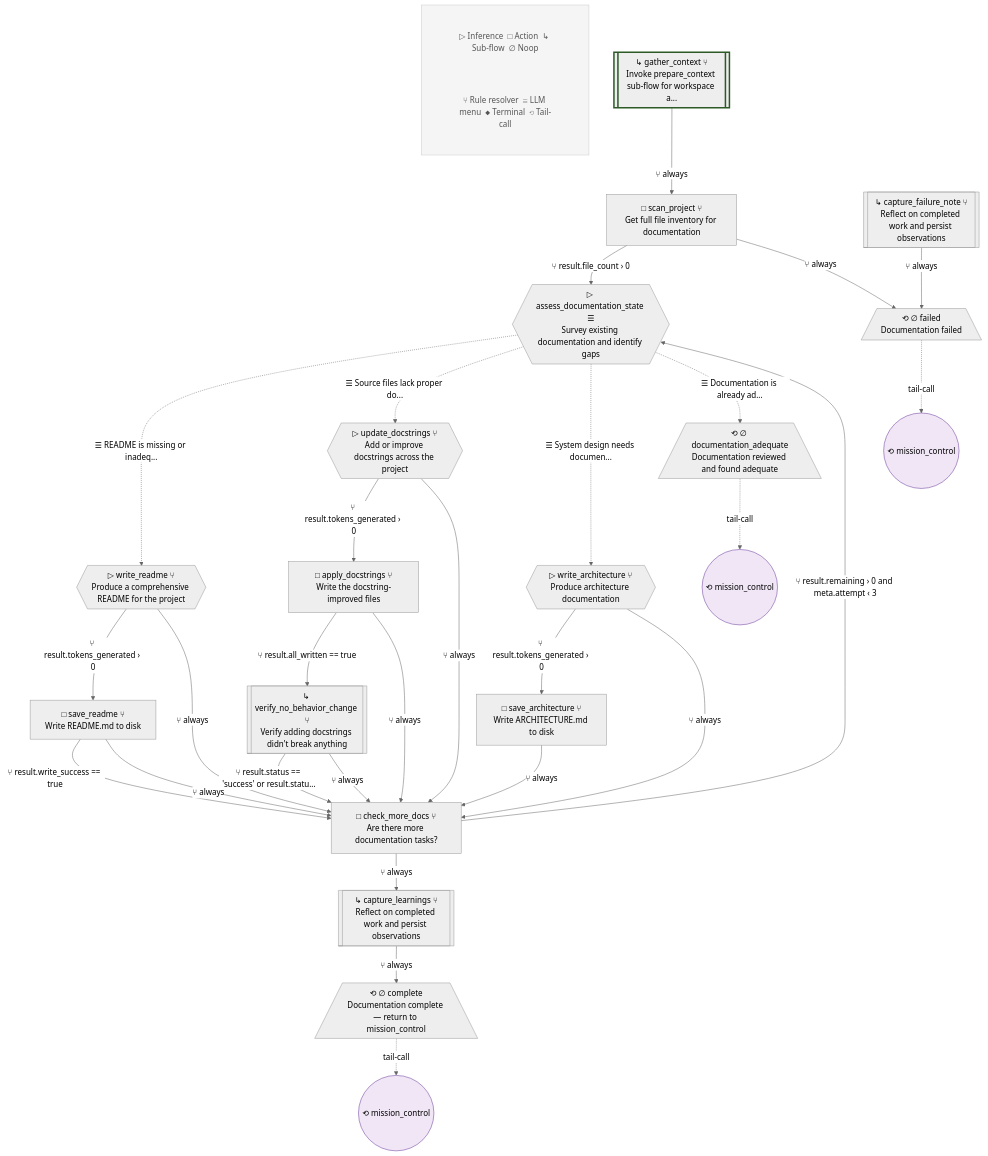
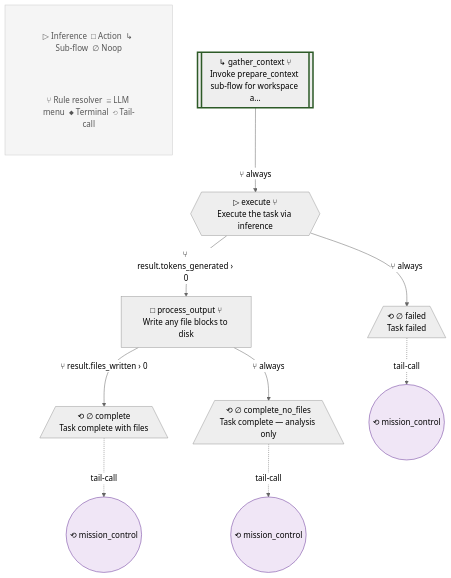
Before and after one commit to lah-rb/ouroboros: the sixth of 31 diagrams in blueprint.md, drawn with Mermaid (neutral theme). The commit also changed other lines of this file and 32 other files, not shown here.

````diff
--- a/blueprint.md
+++ b/blueprint.md
@@ -672,66 +632,37 @@
 ```mermaid
 flowchart TD
-    %% document_project v1
+    %% document_project v2
 
     subgraph Legend[" "]
         L1["▷ Inference  □ Action  ↳ Sub-flow  ∅ Noop"]
         L2["⑂ Rule resolver  ☰ LLM menu  ◆ Terminal  ⟲ Tail-call"]
     end
     style Legend fill:#f5f5f5,stroke:#ccc,stroke-width:1px
     style L1 fill:#f5f5f5,stroke:none,color:#555
     style L2 fill:#f5f5f5,stroke:none,color:#555
 
     gather_context[["↳ gather_context ⑂\nInvoke prepare_context sub-flow for workspace a..."]]
-    scan_project["□ scan_project ⑂\nGet full file inventory for documentation"]
-    assess_documentation_state{{"▷ assess_documentation_state ☰\nSurvey existing documentation and identify gaps"}}
-    write_readme{{"▷ write_readme ⑂\nProduce a comprehensive README for the project"}}
-    save_readme["□ save_readme ⑂\nWrite README.md to disk"]
-    update_docstrings{{"▷ update_docstrings ⑂\nAdd or improve docstrings across the project"}}
-    apply_docstrings["□ apply_docstrings ⑂\nWrite the docstring-improved files"]
-    verify_no_behavior_change[["↳ verify_no_behavior_change ⑂\nVerify adding docstrings didn't break anything"]]
-    write_architecture{{"▷ write_architecture ⑂\nProduce architecture documentation"}}
-    save_architecture["□ save_architecture ⑂\nWrite ARCHITECTURE.md to disk"]
-    check_more_docs["□ check_more_docs ⑂\nAre there more documentation tasks?"]
-    capture_learnings[["↳ capture_learnings ⑂\nReflect on completed work and persist observations"]]
-    complete[/"⟲ ∅ complete\nDocumentation complete — return to mission_control"\]
-    documentation_adequate[/"⟲ ∅ documentation_adequate\nDocumentation reviewed and found adequate"\]
-    capture_failure_note[["↳ capture_failure_note ⑂\nReflect on completed work and persist observations"]]
-    failed[/"⟲ ∅ failed\nDocumentation failed"\]
+    execute{{"▷ execute ⑂\nExecute the task via inference"}}
+    process_output["□ process_output ⑂\nWrite any file blocks to disk"]
+    complete[/"⟲ ∅ complete\nTask complete with files"\]
+    complete_no_files[/"⟲ ∅ complete_no_files\nTask complete — analysis only"\]
+    failed[/"⟲ ∅ failed\nTask failed"\]
 
     style gather_context stroke-width:3px,stroke:#2d5a27
 
-    gather_context -->|⑂ always| scan_project
-    scan_project -->|⑂ result.file_count › 0| assess_documentation_state
-    scan_project -->|⑂ always| failed
-    assess_documentation_state -.->|☰ README is missing or inadeq...| write_readme
-    assess_documentation_state -.->|☰ Source files lack proper do...| update_docstrings
-    assess_documentation_state -.->|☰ System design needs documen...| write_architecture
-    assess_documentation_state -.->|☰ Documentation is already ad...| documentation_adequate
-    write_readme -->|⑂ result.tokens_generated › 0| save_readme
-    write_readme -->|⑂ always| check_more_docs
-    save_readme -->|⑂ result.write_success == true| check_more_docs
-    save_readme -->|⑂ always| check_more_docs
-    update_docstrings -->|⑂ result.tokens_generated › 0| apply_docstrings
-    update_docstrings -->|⑂ always| check_more_docs
-    apply_docstrings -->|⑂ result.all_written == true| verify_no_behavior_change
-    apply_docstrings -->|⑂ always| check_more_docs
-    verify_no_behavior_change -->|⑂ result.status == 'success' or result.statu...| check_more_docs
-    verify_no_behavior_change -->|⑂ always| check_more_docs
-    write_architecture -->|⑂ result.tokens_generated › 0| save_architecture
-    write_architecture -->|⑂ always| check_more_docs
-    save_architecture -->|⑂ always| check_more_docs
-    check_more_docs -->|⑂ result.remaining › 0 and meta.attempt ‹ 3| assess_documentation_state
-    check_more_docs -->|⑂ always| capture_learnings
-    capture_learnings -->|⑂ always| complete
+    gather_context -->|⑂ always| execute
+    execute -->|⑂ result.tokens_generated › 0| process_output
+    execute -->|⑂ always| failed
+    process_output -->|⑂ result.files_written › 0| complete
+    process_output -->|⑂ always| complete_no_files
     tc_complete(("⟲ mission_control"))
     style tc_complete fill:#f0e6f6,stroke:#663399
     complete -.->|tail-call| tc_complete
-    tc_documentation_adequate(("⟲ mission_control"))
-    style tc_documentation_adequate fill:#f0e6f6,stroke:#663399
-    documentation_adequate -.->|tail-call| tc_documentation_adequate
-    capture_failure_note -->|⑂ always| failed
+    tc_complete_no_files(("⟲ mission_control"))
+    style tc_complete_no_files fill:#f0e6f6,stroke:#663399
+    complete_no_files -.->|tail-call| tc_complete_no_files
     tc_failed(("⟲ mission_control"))
     style tc_failed fill:#f0e6f6,stroke:#663399
     failed -.->|tail-call| tc_failed
 
 ```
````
